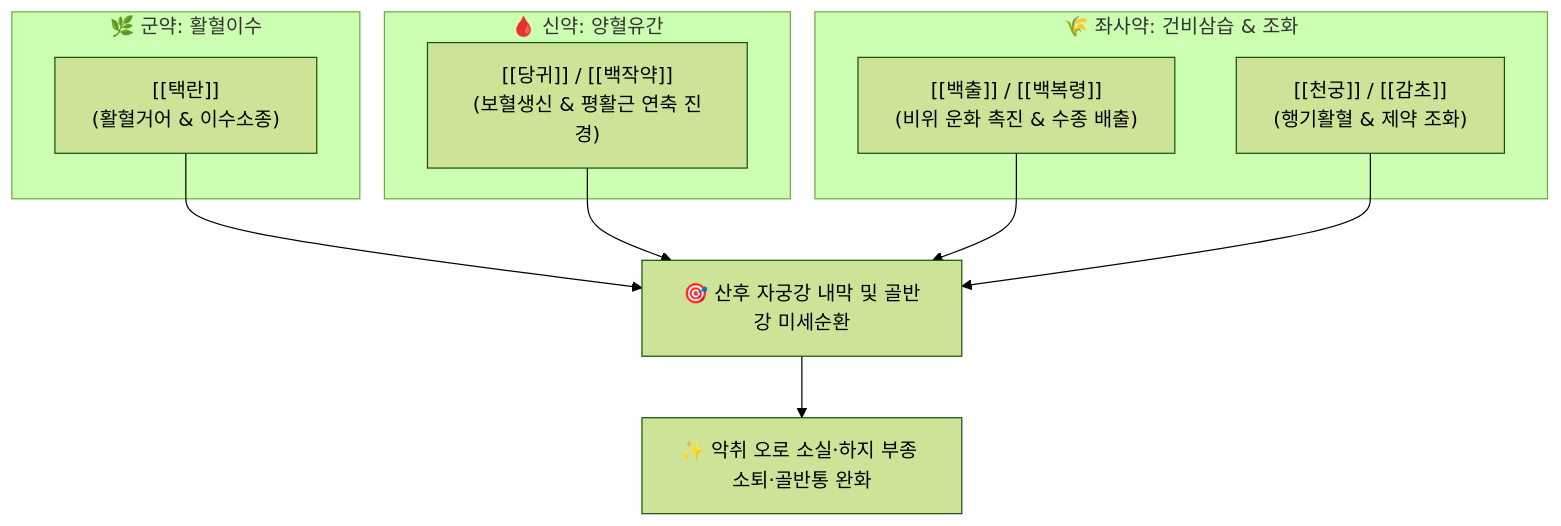
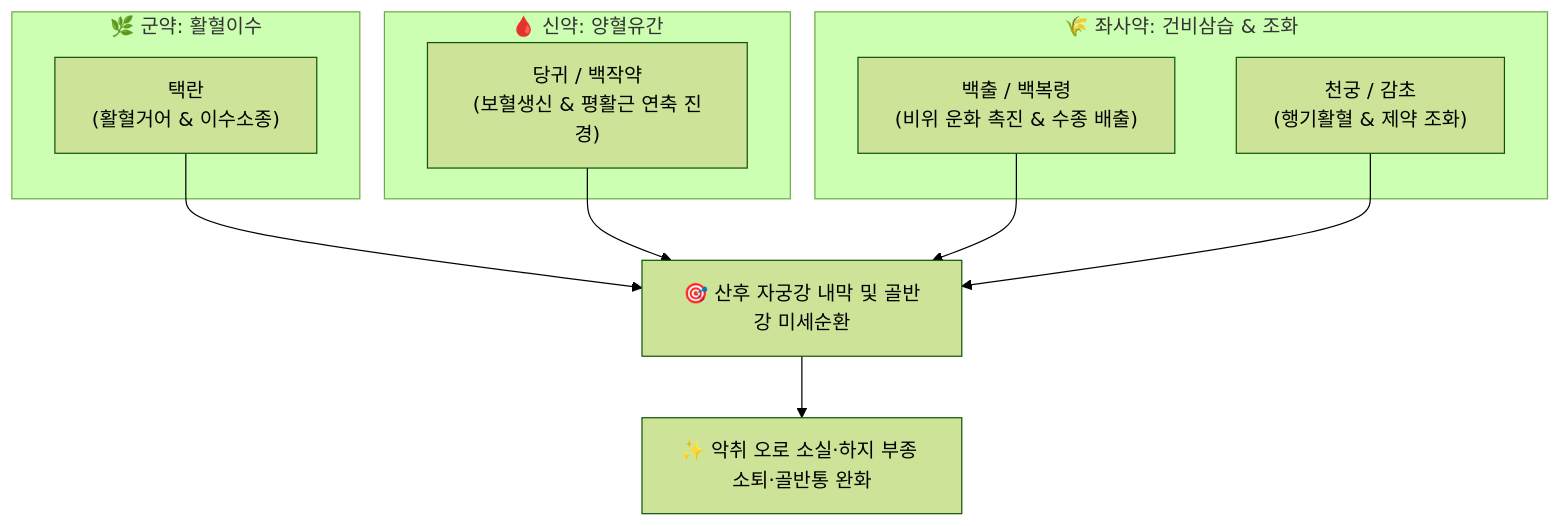
One commit to simbio11/simbio-digital-garden2 changed the diagram in content/2. 약리 공부/처방/05_활혈거어·지혈제/택란탕.md. Above: the diagram before and after it, drawn with Mermaid (forest theme). The commit also changed other lines of this file and 105 other files, not shown here.

````diff
--- a/content/2. 약리 공부/처방/05_활혈거어·지혈제/택란탕.md
+++ b/content/2. 약리 공부/처방/05_활혈거어·지혈제/택란탕.md
@@ -64,21 +65,21 @@
 ```mermaid
 graph TD
     subgraph S1["🌿 군약: 활혈이수"]
-        A1["[[택란]]<br>(활혈거어 & 이수소종)"]
+        A1["택란<br>(활혈거어 & 이수소종)"]
     end
 
     subgraph S2["🩸 신약: 양혈유간"]
-        B1["[[당귀]] / [[백작약]]<br>(보혈생신 & 평활근 연축 진경)"]
+        B1["당귀 / 백작약<br>(보혈생신 & 평활근 연축 진경)"]
     end
 
     subgraph S3["🌾 좌사약: 건비삼습 & 조화"]
-        C1["[[백출]] / [[백복령]]<br>(비위 운화 촉진 & 수종 배출)"]
-        C2["[[천궁]] / [[감초]]<br>(행기활혈 & 제약 조화)"]
+        C1["백출 / 백복령<br>(비위 운화 촉진 & 수종 배출)"]
+        C2["천궁 / 감초<br>(행기활혈 & 제약 조화)"]
     end
 
     A1 --> Target["🎯 산후 자궁강 내막 및 골반강 미세순환"]
     B1 --> Target
     C1 --> Target
     C2 --> Target
     Target --> Outcome["✨ 악취 오로 소실·하지 부종 소퇴·골반통 완화"]
 ```
````
